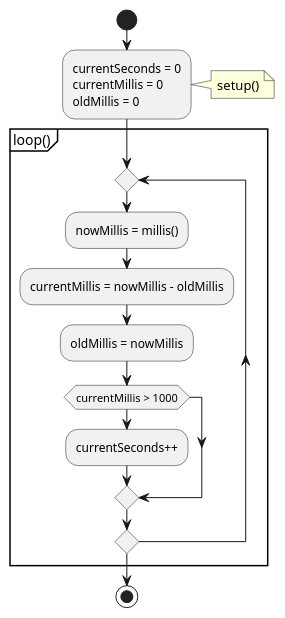
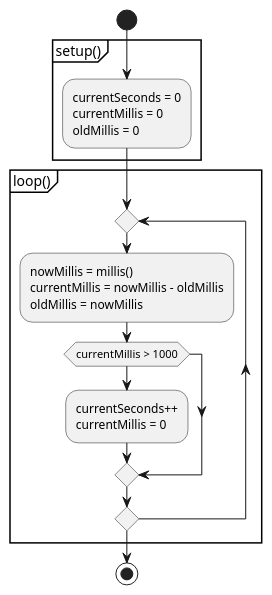
The diagram in codeLogic.puml (DanilKorotenko/Mysmartwatch), drawn with PlantUML before and after one commit.

Commit message:
Updated diagram

```diff
--- a/codeLogic.puml
+++ b/codeLogic.puml
@@ -1,25 +1,25 @@
 @startuml Loop
 
 start
 
+partition setup() {
+
 :currentSeconds = 0
 currentMillis = 0
 oldMillis = 0;
-
-note right 
-    setup()
-end note
+}
 
 partition loop() {
 repeat
-    :nowMillis = millis();
-    :currentMillis = nowMillis - oldMillis;
-    :oldMillis = nowMillis; 
+    :nowMillis = millis()
+    currentMillis = nowMillis - oldMillis
+    oldMillis = nowMillis;
     if (currentMillis > 1000) then
-        :currentSeconds++;
+        :currentSeconds++
+        currentMillis = 0;
     endif
 repeat while ()
 }
 stop
 
 @enduml
```
